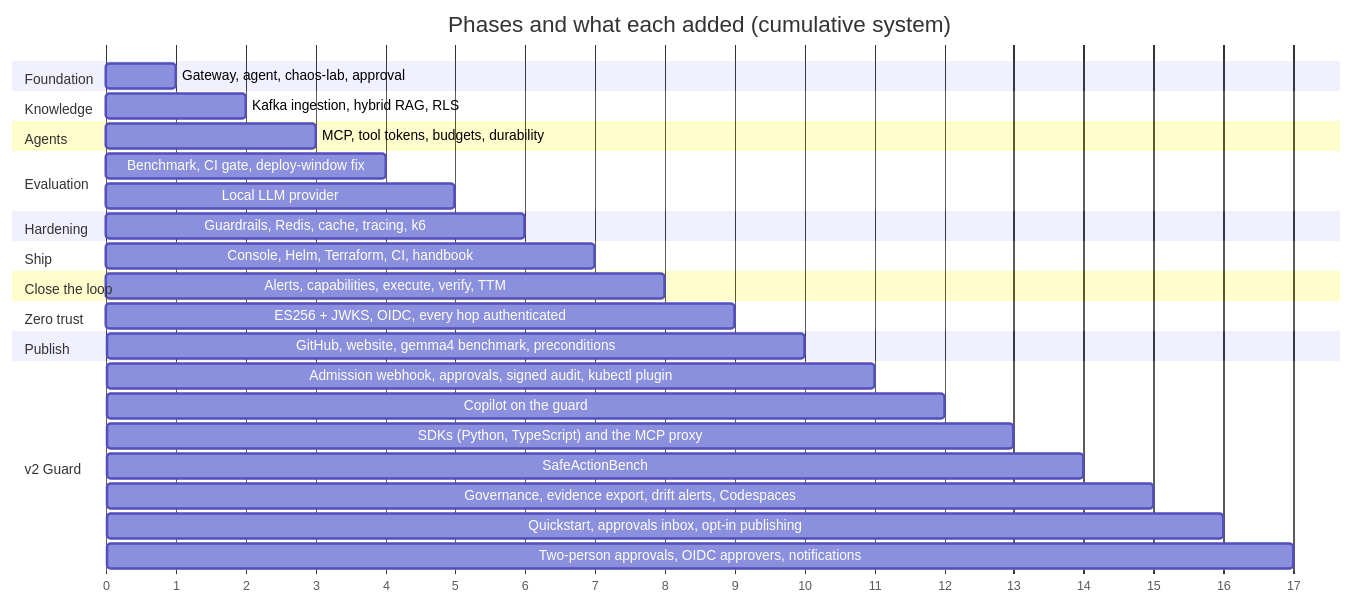
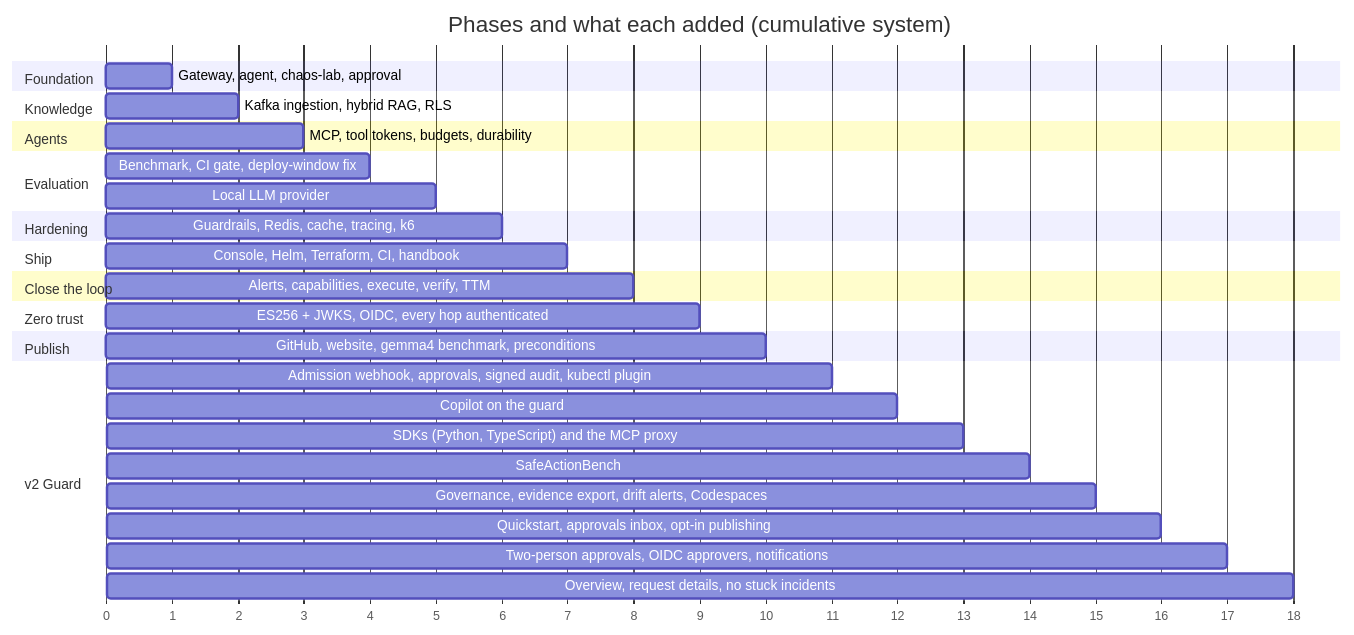
The diagram in docs/handbook/diagrams/15-gantt.mmd (abdulmdev/sentinel-incident-copilot), drawn with Mermaid before and after one commit. The commit also changed 53 other files, not shown here.

First line of the commit message:
The whole picture: an Overview and request details in the inbox, and no stuck incidents

```diff
--- a/docs/handbook/diagrams/15-gantt.mmd
+++ b/docs/handbook/diagrams/15-gantt.mmd
@@ -1,31 +1,32 @@
 gantt
   title Phases and what each added (cumulative system)
   dateFormat X
   axisFormat %s
   section Foundation
   Gateway, agent, chaos-lab, approval      :p1, 0, 1
   section Knowledge
   Kafka ingestion, hybrid RAG, RLS         :p2, 1, 2
   section Agents
   MCP, tool tokens, budgets, durability    :p3, 2, 3
   section Evaluation
   Benchmark, CI gate, deploy-window fix    :p4, 3, 4
   Local LLM provider                       :p4b, 4, 5
   section Hardening
   Guardrails, Redis, cache, tracing, k6    :p5, 5, 6
   section Ship
   Console, Helm, Terraform, CI, handbook   :p6, 6, 7
   section Close the loop
   Alerts, capabilities, execute, verify, TTM :p7, 7, 8
   section Zero trust
   ES256 + JWKS, OIDC, every hop authenticated :p8, 8, 9
   section Publish
   GitHub, website, gemma4 benchmark, preconditions :p9, 9, 10
   section v2 Guard
   Admission webhook, approvals, signed audit, kubectl plugin :p10, 10, 11
   Copilot on the guard: one safety core               :p11, 11, 12
   SDKs (Python, TypeScript) and the MCP proxy          :p12, 12, 13
   SafeActionBench: harm with and without a guard        :p13, 13, 14
   Governance, evidence export, drift alerts, Codespaces :p14, 14, 15
   Quickstart, approvals inbox, opt-in publishing        :p15, 15, 16
   Two-person approvals, OIDC approvers, notifications  :p16, 16, 17
+  Overview, request details, no stuck incidents        :p17, 17, 18
```
